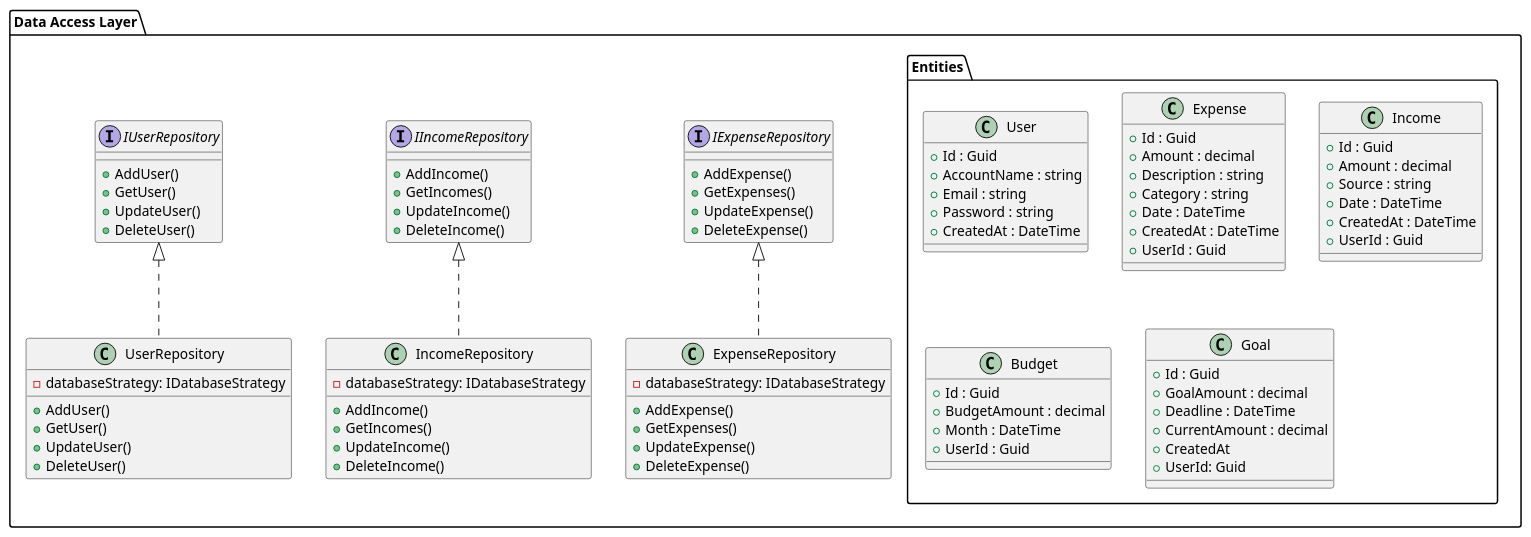
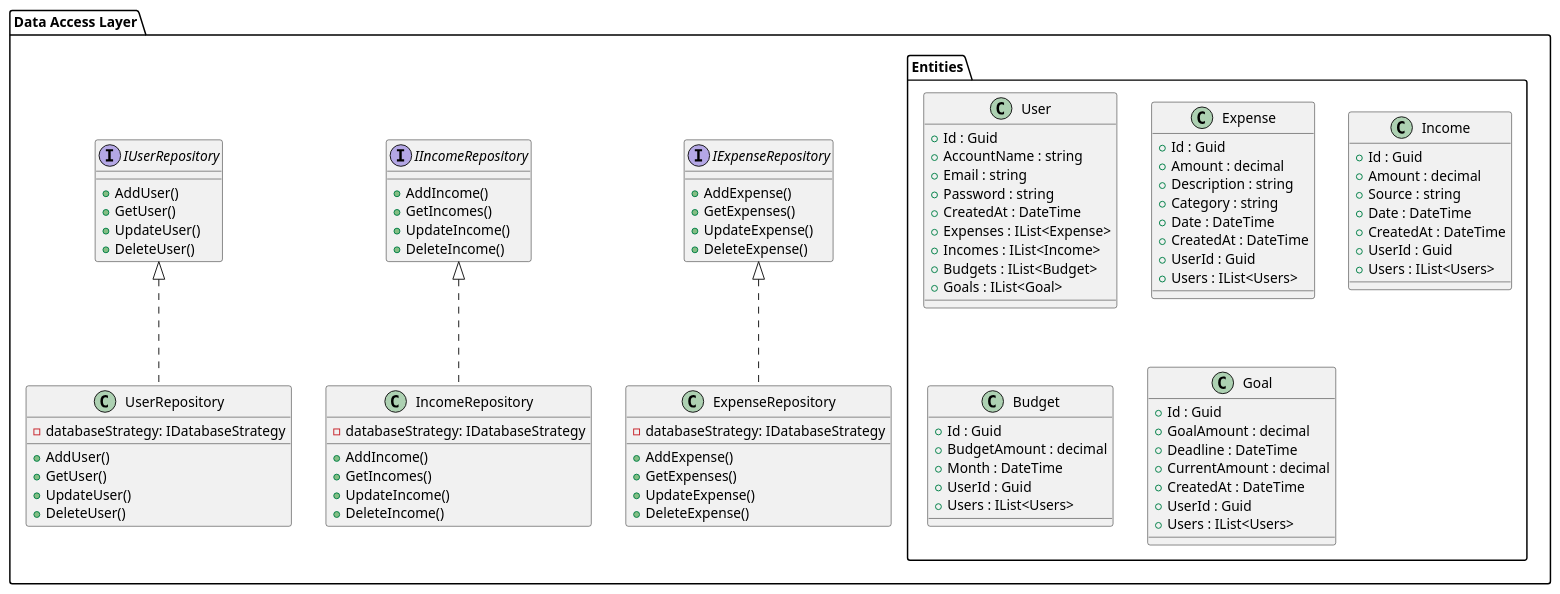
The diagram in docs/uml/data-access.puml (programacion-6/ExpenseTrackerGrupo2), drawn with PlantUML before and after one commit.

Commit message:
docs: add relationships between entities

```diff
--- a/docs/uml/data-access.puml
+++ b/docs/uml/data-access.puml
@@ -1,95 +1,103 @@
 @startuml Data Access
 
 package "Data Access Layer" {
     interface IExpenseRepository {
         + AddExpense()
         + GetExpenses()
         + UpdateExpense()
         + DeleteExpense()
     }
 
     interface IIncomeRepository {
         + AddIncome()
         + GetIncomes()
         + UpdateIncome()
         + DeleteIncome()
     }
 
     interface IUserRepository {
         + AddUser()
         + GetUser()
         + UpdateUser()
         + DeleteUser()
     }
 
     class ExpenseRepository implements IExpenseRepository {
         - databaseStrategy: IDatabaseStrategy
         + AddExpense()
         + GetExpenses()
         + UpdateExpense()
         + DeleteExpense()
     }
 
     class IncomeRepository implements IIncomeRepository {
         - databaseStrategy: IDatabaseStrategy
         + AddIncome()
         + GetIncomes()
         + UpdateIncome()
         + DeleteIncome()
     }
 
     class UserRepository implements IUserRepository {
         - databaseStrategy: IDatabaseStrategy
         + AddUser()
         + GetUser()
         + UpdateUser()
         + DeleteUser()
     }
 
     package "Entities" {
         class User {
             + Id : Guid
             + AccountName : string
             + Email : string
             + Password : string
             + CreatedAt : DateTime
+            + Expenses : IList<Expense>
+            + Incomes : IList<Income>
+            + Budgets : IList<Budget>
+            + Goals : IList<Goal>
         }
 
         class Expense {
             + Id : Guid
             + Amount : decimal
             + Description : string
             + Category : string
             + Date : DateTime
             + CreatedAt : DateTime
             + UserId : Guid
+            + Users : IList<Users>
         }
 
         class Income {
             + Id : Guid
             + Amount : decimal
             + Source : string
             + Date : DateTime
             + CreatedAt : DateTime
             + UserId : Guid
+            + Users : IList<Users>
         }
 
         class Budget {
             + Id : Guid
             + BudgetAmount : decimal
             + Month : DateTime
             + UserId : Guid
+            + Users : IList<Users>
         }
 
         class Goal {
             + Id : Guid
             + GoalAmount : decimal
             + Deadline : DateTime
             + CurrentAmount : decimal
-            + CreatedAt
-            + UserId: Guid
+            + CreatedAt : DateTime
+            + UserId : Guid
+            + Users : IList<Users>
         }
     }
 }
 
 @enduml
```
